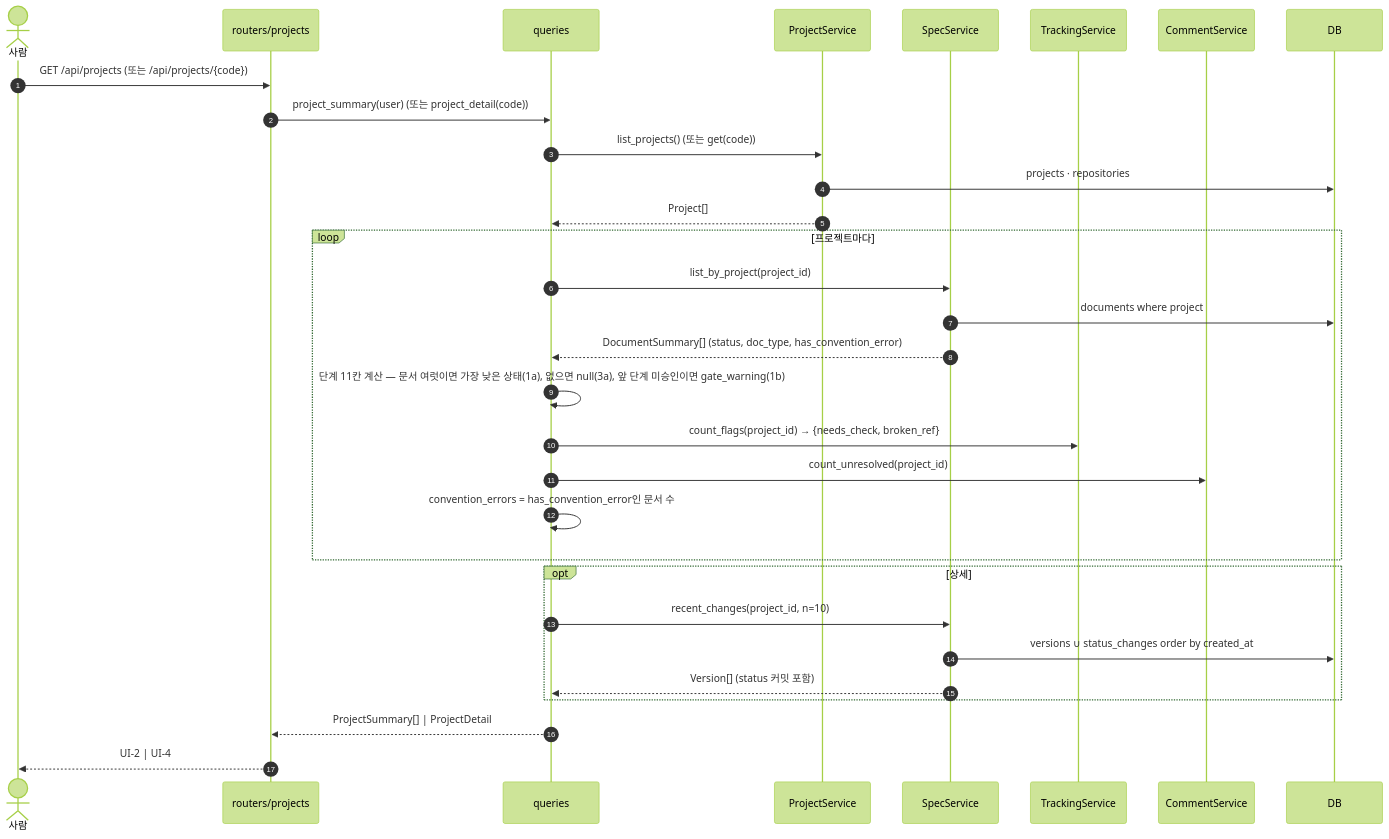
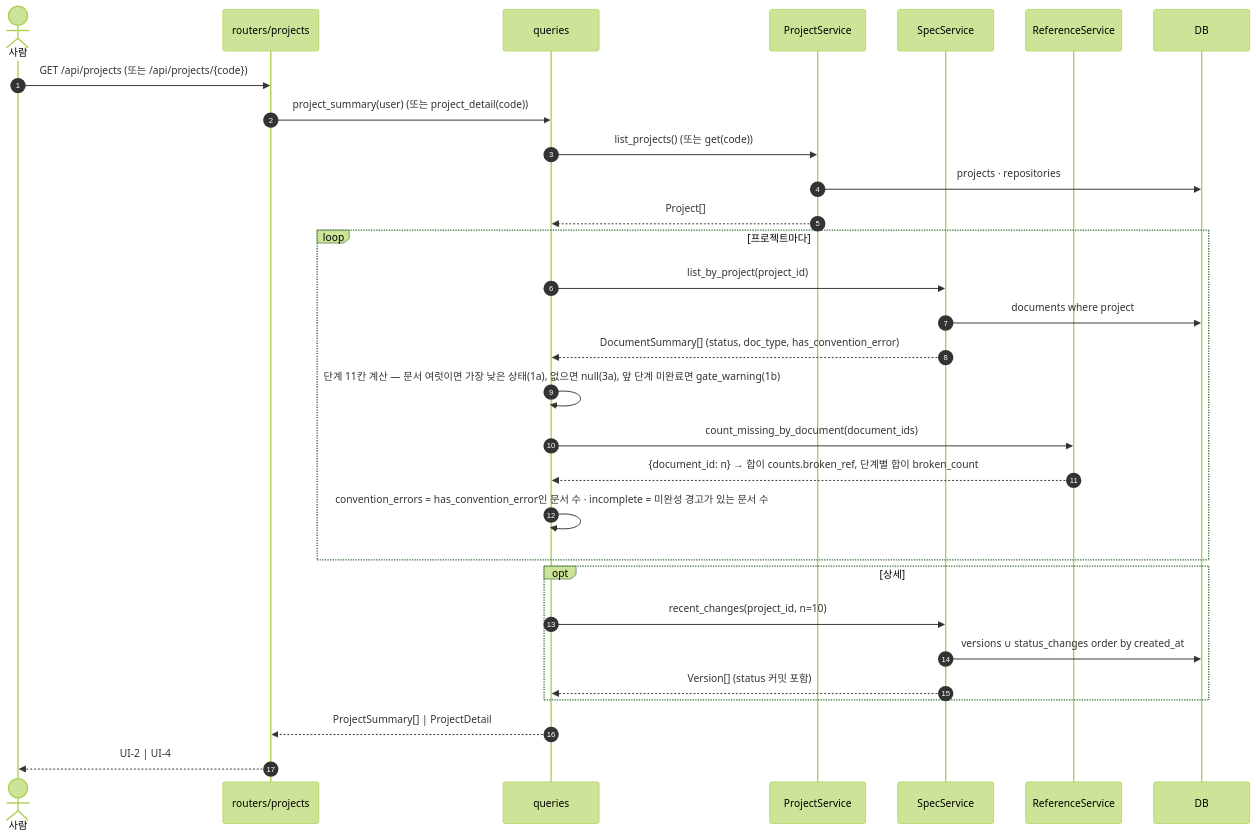
Before and after one commit to HoyoungParkme/syncdoc: the seventh of 22 diagrams in docs/specs/09-SEQ/SYNC-SEQ-001.md, drawn with Mermaid (forest theme). The commit also changed other lines of this file and 100 other files, not shown here.

````diff
--- a/docs/specs/09-SEQ/SYNC-SEQ-001.md
+++ b/docs/specs/09-SEQ/SYNC-SEQ-001.md
@@ -590,34 +438,33 @@
 ```mermaid
 sequenceDiagram
     autonumber
     actor U as 사람
     participant RP as routers/projects
     participant Q as queries
     participant PS as ProjectService
     participant S as SpecService
-    participant TR as TrackingService
-    participant C as CommentService
+    participant R as ReferenceService
     participant DB
 
     U->>RP: GET /api/projects (또는 /api/projects/{code})
     RP->>Q: project_summary(user) (또는 project_detail(code))
     Q->>PS: list_projects() (또는 get(code))
     PS->>DB: projects · repositories
     PS-->>Q: Project[]
     loop 프로젝트마다
         Q->>S: list_by_project(project_id)
         S->>DB: documents where project
         S-->>Q: DocumentSummary[] (status, doc_type, has_convention_error)
-        Q->>Q: 단계 11칸 계산 — 문서 여럿이면 가장 낮은 상태(1a), 없으면 null(3a), 앞 단계 미승인이면 gate_warning(1b)
-        Q->>TR: count_flags(project_id) → {needs_check, broken_ref}
-        Q->>C: count_unresolved(project_id)
-        Q->>Q: convention_errors = has_convention_error인 문서 수
+        Q->>Q: 단계 11칸 계산 — 문서 여럿이면 가장 낮은 상태(1a), 없으면 null(3a), 앞 단계 미완료면 gate_warning(1b)
+        Q->>R: count_missing_by_document(document_ids)
+        R-->>Q: {document_id: n} → 합이 counts.broken_ref, 단계별 합이 broken_count
+        Q->>Q: convention_errors = has_convention_error인 문서 수 · incomplete = 미완성 경고가 있는 문서 수
     end
     opt 상세
         Q->>S: recent_changes(project_id, n=10)
         S->>DB: versions ∪ status_changes order by created_at
         S-->>Q: Version[] (status 커밋 포함)
     end
     Q-->>RP: ProjectSummary[] | ProjectDetail
     RP-->>U: UI-2 | UI-4
 ```
````
